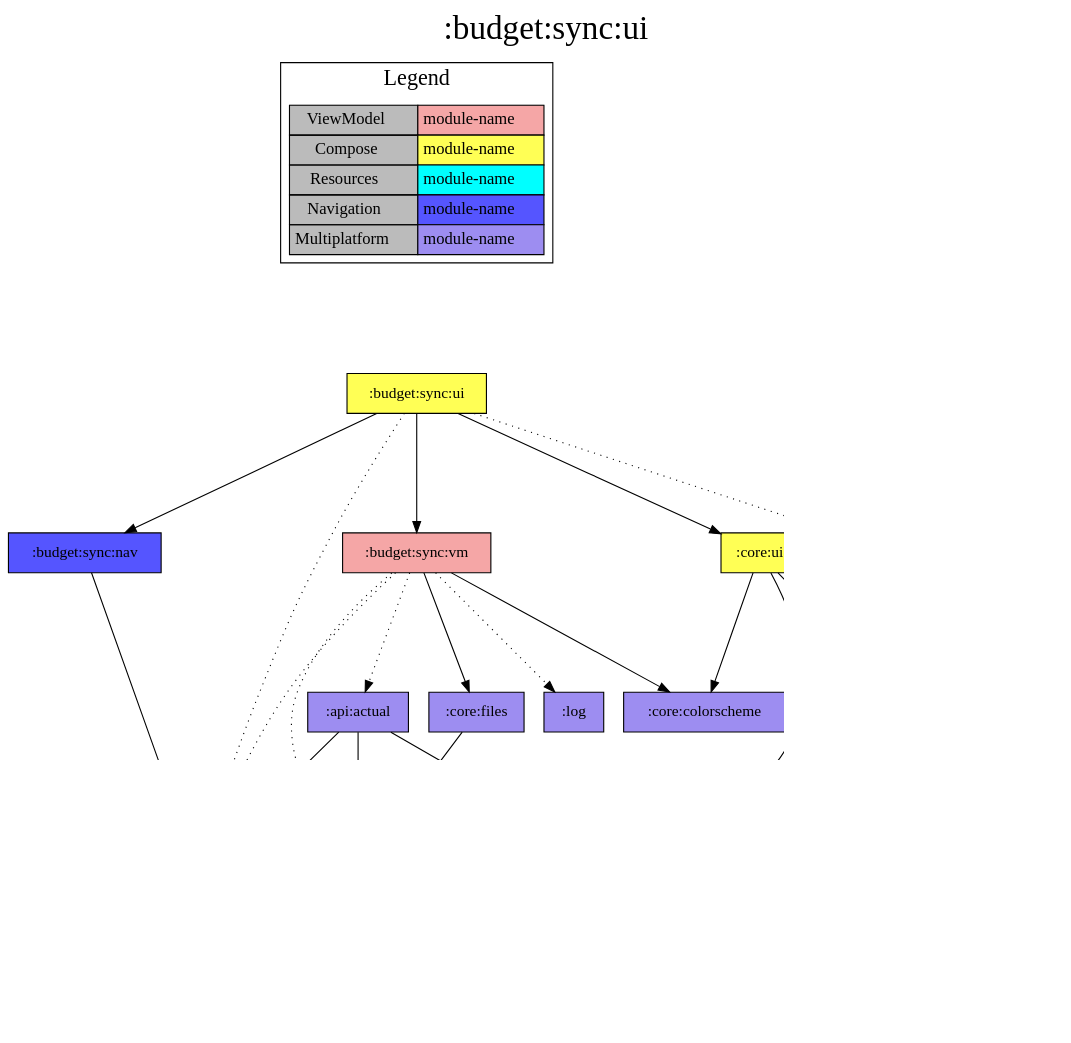
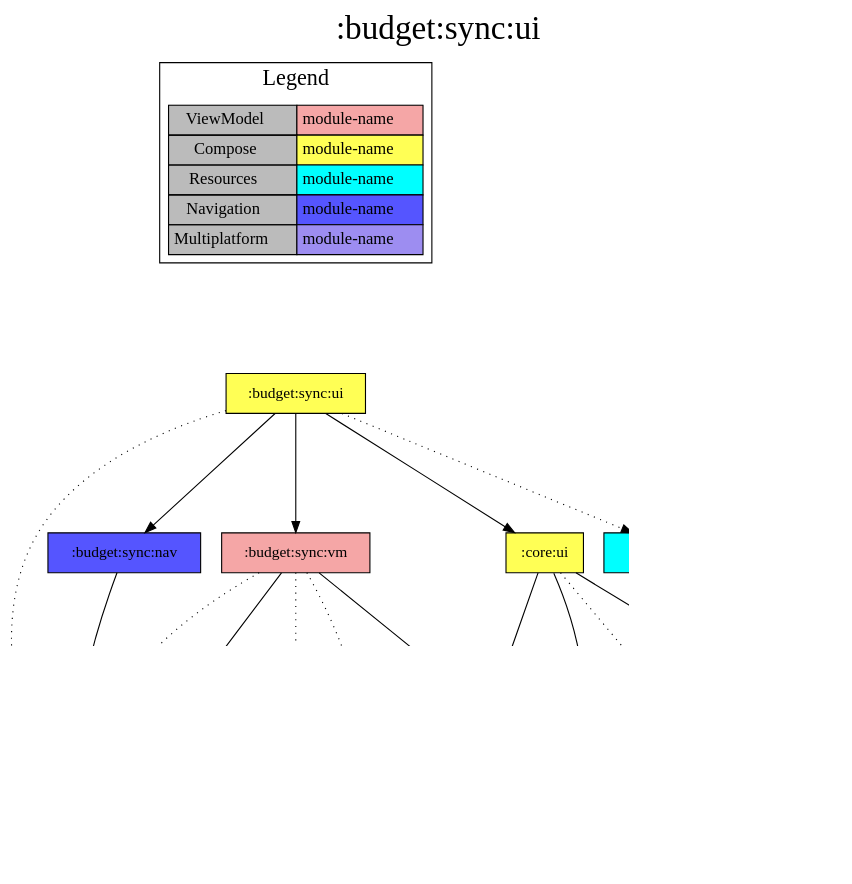
Before and after one commit to jonapoul/aktual: the diagram in modules/budget/sync/ui/project-dependency-graph.dot, drawn with Graphviz. The commit also changed 113 other files, not shown here.

```diff
--- a/modules/budget/sync/ui/project-dependency-graph.dot
+++ b/modules/budget/sync/ui/project-dependency-graph.dot
@@ -1,60 +1,54 @@
 digraph {
 edge ["dir"="forward"]
 graph ["dpi"="100","label"=":budget:sync:ui","labelloc"="t","fontsize"="30","ranksep"="1.5","rankdir"="TB"]
 node ["style"="filled"]
 ":account:model" ["fillcolor"="#9D8DF1","shape"="box"]
 ":api:actual" ["fillcolor"="#9D8DF1","shape"="box"]
 ":budget:model" ["fillcolor"="#9D8DF1","shape"="box"]
 ":budget:sync:nav" ["fillcolor"="#5555FF","shape"="box"]
 ":budget:sync:res" ["fillcolor"="#00FFFF","shape"="box"]
 ":budget:sync:ui" ["fillcolor"="#FFFF55","shape"="box"]
 ":budget:sync:vm" ["fillcolor"="#F5A6A6","shape"="box"]
-":core:buildconfig" ["fillcolor"="#9D8DF1","shape"="box"]
 ":core:colorscheme" ["fillcolor"="#9D8DF1","shape"="box"]
 ":core:files" ["fillcolor"="#9D8DF1","shape"="box"]
-":core:model" ["fillcolor"="#9D8DF1","shape"="box"]
 ":core:res" ["fillcolor"="#00FFFF","shape"="box"]
 ":core:ui" ["fillcolor"="#FFFF55","shape"="box"]
 ":core:versions" ["fillcolor"="#9D8DF1","shape"="box"]
-":log" ["fillcolor"="#9D8DF1","shape"="box"]
 ":url:model" ["fillcolor"="#9D8DF1","shape"="box"]
 {
 edge ["dir"="none"]
 graph ["rank"="same"]
 }
 ":api:actual" -> ":account:model"
 ":api:actual" -> ":budget:model"
 ":api:actual" -> ":url:model"
 ":budget:sync:nav" -> ":account:model"
 ":budget:sync:ui" -> ":account:model" ["style"="dotted"]
 ":budget:sync:ui" -> ":budget:sync:nav"
 ":budget:sync:ui" -> ":budget:sync:res" ["style"="dotted"]
 ":budget:sync:ui" -> ":budget:sync:vm"
 ":budget:sync:ui" -> ":core:ui"
 ":budget:sync:vm" -> ":account:model" ["style"="dotted"]
 ":budget:sync:vm" -> ":api:actual" ["style"="dotted"]
 ":budget:sync:vm" -> ":budget:model" ["style"="dotted"]
 ":budget:sync:vm" -> ":core:colorscheme"
 ":budget:sync:vm" -> ":core:files"
-":budget:sync:vm" -> ":log" ["style"="dotted"]
 ":core:files" -> ":budget:model"
 ":core:ui" -> ":core:colorscheme"
 ":core:ui" -> ":core:res" ["style"="dotted"]
 ":core:ui" -> ":core:versions"
 ":core:ui" -> ":url:model"
-":core:versions" -> ":core:buildconfig"
-":url:model" -> ":core:model" ["style"="dotted"]
 subgraph "cluster_legend" {
 edge ["dir"="none"]
 graph ["label"="Legend","fontsize"="20"]
 "Legend" ["style"="filled","fillcolor"="#bbbbbb","shape"="none","margin"="0","fontsize"="15","label"=<
 <TABLE BORDER="0" CELLBORDER="1" CELLSPACING="0" CELLPADDING="4">
 <TR><TD>ViewModel</TD><TD BGCOLOR="#F5A6A6">module-name</TD></TR>
 <TR><TD>Compose</TD><TD BGCOLOR="#FFFF55">module-name</TD></TR>
 <TR><TD>Resources</TD><TD BGCOLOR="#00FFFF">module-name</TD></TR>
 <TR><TD>Navigation</TD><TD BGCOLOR="#5555FF">module-name</TD></TR>
 <TR><TD>Multiplatform</TD><TD BGCOLOR="#9D8DF1">module-name</TD></TR>
 </TABLE>
 >]
 } -> ":budget:sync:ui" ["style"="invis"]
 }
```
